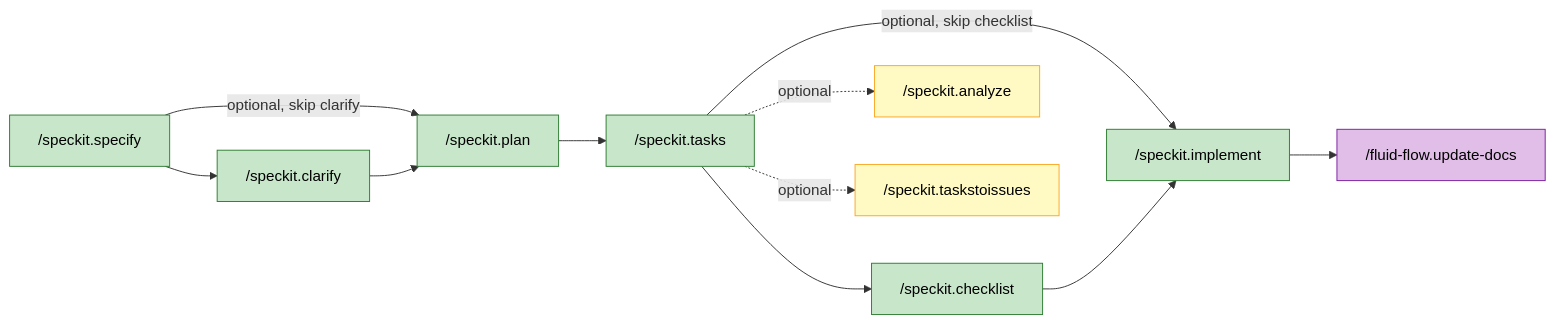
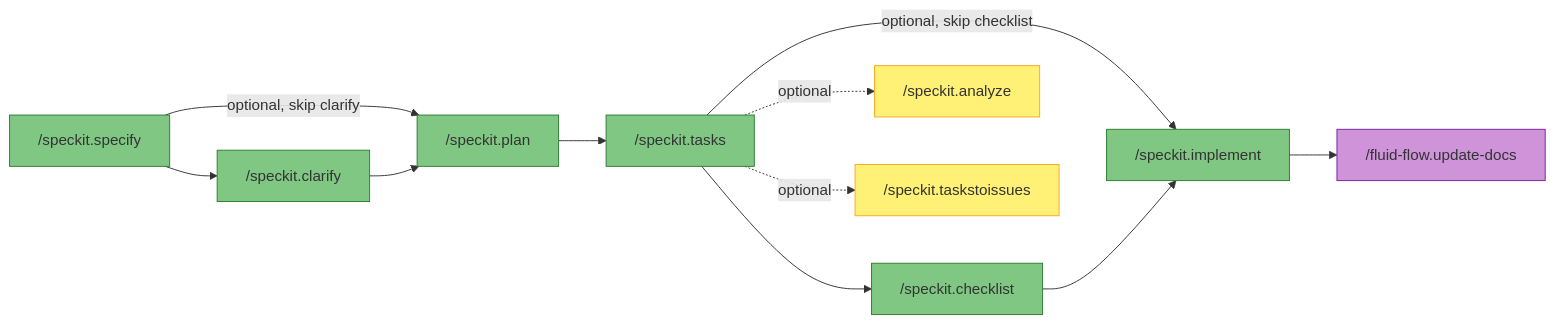
Before and after one commit to premkumarjanagarajan/fluid-flow-ai: the second of 3 diagrams in docs/WORKFLOWS.md, drawn with Mermaid. The commit also changed other lines of this file and 12 other files, not shown here.

First line of the commit message:
Update Mermaid diagram styles for dark and light theme compatibility

````diff
--- a/docs/WORKFLOWS.md
+++ b/docs/WORKFLOWS.md
@@ -148,24 +148,24 @@
 ```mermaid
 flowchart LR
     S1["/speckit.specify"] --> S2["/speckit.clarify"]
     S1 -->|"optional, skip clarify"| S3
     S2 --> S3["/speckit.plan"]
     S3 --> S4["/speckit.tasks"]
     S4 --> S5["/speckit.checklist"]
     S4 -->|"optional, skip checklist"| S6
     S5 --> S6["/speckit.implement"]
     S6 --> S9["/fluid-flow.update-docs"]
 
     S4 -.->|optional| S7["/speckit.analyze"]
     S4 -.->|optional| S8["/speckit.taskstoissues"]
 
-    style S1 fill:#C8E6C9,stroke:#2E7D32,color:#000
-    style S2 fill:#C8E6C9,stroke:#2E7D32,color:#000
-    style S3 fill:#C8E6C9,stroke:#2E7D32,color:#000
-    style S4 fill:#C8E6C9,stroke:#2E7D32,color:#000
-    style S5 fill:#C8E6C9,stroke:#2E7D32,color:#000
-    style S6 fill:#C8E6C9,stroke:#2E7D32,color:#000
-    style S7 fill:#FFF9C4,stroke:#F9A825,color:#000
-    style S8 fill:#FFF9C4,stroke:#F9A825,color:#000
-    style S9 fill:#E1BEE7,stroke:#7B1FA2,color:#000
+    style S1 fill:#81C784,stroke:#2E7D32
+    style S2 fill:#81C784,stroke:#2E7D32
+    style S3 fill:#81C784,stroke:#2E7D32
+    style S4 fill:#81C784,stroke:#2E7D32
+    style S5 fill:#81C784,stroke:#2E7D32
+    style S6 fill:#81C784,stroke:#2E7D32
+    style S7 fill:#FFF176,stroke:#F9A825
+    style S8 fill:#FFF176,stroke:#F9A825
+    style S9 fill:#CE93D8,stroke:#7B1FA2
 ```
````
